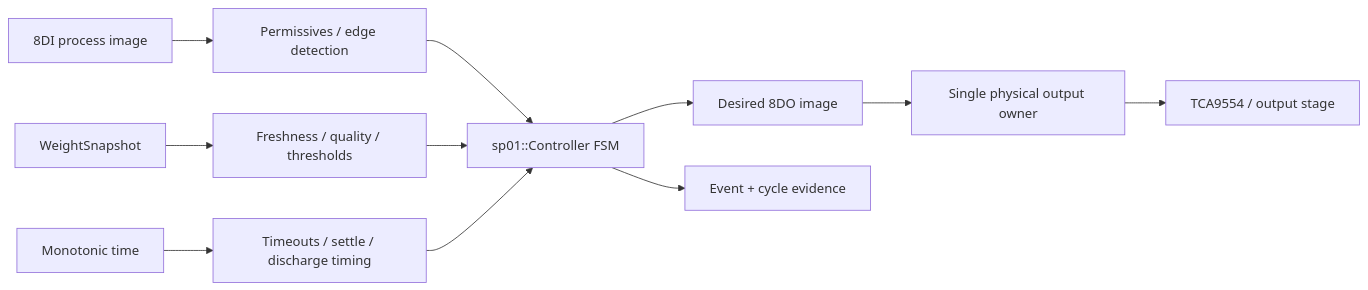
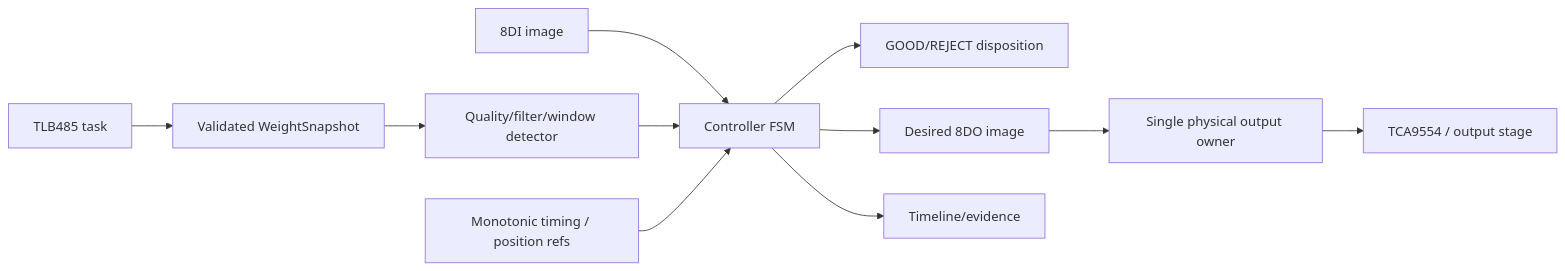
Before and after one commit to plantops/filling-controller: the second of 3 diagrams in docs/SP01_ENGINEERING_VIEWS.md, drawn with Mermaid. The commit also changed other lines of this file, not shown here.

Commit message:
docs: refocus canonical SP01 views on installed process behavior

````diff
--- a/docs/SP01_ENGINEERING_VIEWS.md
+++ b/docs/SP01_ENGINEERING_VIEWS.md
@@ -216,13 +165,13 @@
 ```mermaid
 flowchart LR
-    DI[8DI process image] --> P[Permissives / edge detection]
-    W[WeightSnapshot] --> Q[Freshness / quality / thresholds]
-    T[Monotonic time] --> TM[Timeouts / settle / discharge timing]
-    P --> FSM[sp01::Controller FSM]
+    DI[8DI image] --> FSM[Controller FSM]
+    TLB[TLB485 task] --> W[Validated WeightSnapshot]
+    W --> Q[Quality/filter/window detector]
     Q --> FSM
-    TM --> FSM
-    FSM --> O[Desired 8DO image]
-    O --> S[Single physical output owner]
-    S --> HW[TCA9554 / output stage]
-    FSM --> E[Event + cycle evidence]
+    TM[Monotonic timing / position refs] --> FSM
+    FSM --> DISP[GOOD/REJECT disposition]
+    FSM --> OUT[Desired 8DO image]
+    OUT --> OWN[Single physical output owner]
+    OWN --> HW[TCA9554 / output stage]
+    FSM --> EV[Timeline/evidence]
 ```
````
